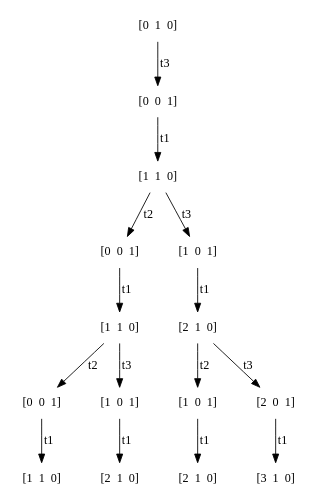
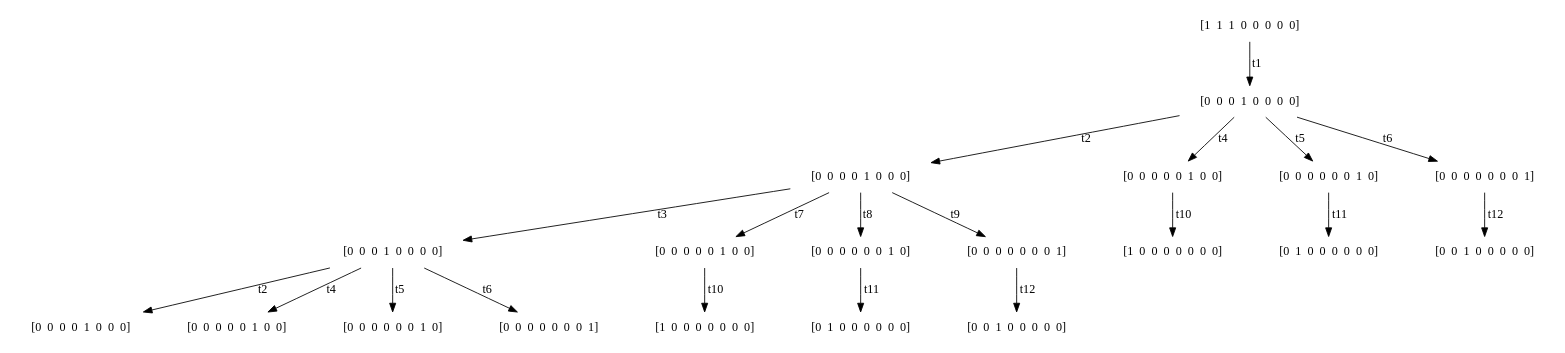
The diagram in src/dot/petrinet_tree.dot (akafael/unb-controle-para-automacao), drawn with Graphviz before and after one commit. The commit also changed 3 other files, not shown here.

```diff
--- a/src/dot/petrinet_tree.dot
+++ b/src/dot/petrinet_tree.dot
@@ -1,34 +1,44 @@
 digraph G {
 	node [shape=rectangle,style=filled,color=white];
 
-	c1_1 [label = "[0  1  0]"]
-	c2_1 [label = "[0  0  1]"]
-	c1_1 -> c2_1 [label = "t3"]
-	c3_1 [label = "[1  1  0]"]
-	c2_1 -> c3_1 [label = "t1"]
-	c4_1 [label = "[0  0  1]"]
-	c3_1 -> c4_1 [label = "t2"]
-	c4_2 [label = "[1  0  1]"]
-	c3_1 -> c4_2 [label = "t3"]
-	c5_1 [label = "[1  1  0]"]
-	c4_1 -> c5_1 [label = "t1"]
-	c5_2 [label = "[2  1  0]"]
-	c4_2 -> c5_2 [label = "t1"]
-	c6_1 [label = "[0  0  1]"]
-	c5_1 -> c6_1 [label = "t2"]
-	c6_2 [label = "[1  0  1]"]
-	c5_1 -> c6_2 [label = "t3"]
-	c6_3 [label = "[1  0  1]"]
-	c5_2 -> c6_3 [label = "t2"]
-	c6_4 [label = "[2  0  1]"]
-	c5_2 -> c6_4 [label = "t3"]
-	c7_1 [label = "[1  1  0]"]
-	c6_1 -> c7_1 [label = "t1"]
-	c7_2 [label = "[2  1  0]"]
-	c6_2 -> c7_2 [label = "t1"]
-	c7_3 [label = "[2  1  0]"]
-	c6_3 -> c7_3 [label = "t1"]
-	c7_4 [label = "[3  1  0]"]
-	c6_4 -> c7_4 [label = "t1"]
+	c1_1 [label = "[1  1  1  0  0  0  0  0]"]
+	c2_1 [label = "[0  0  0  1  0  0  0  0]"]
+	c1_1 -> c2_1 [label = "t1"]
+	c3_1 [label = "[0  0  0  0  1  0  0  0]"]
+	c2_1 -> c3_1 [label = "t2"]
+	c3_2 [label = "[0  0  0  0  0  1  0  0]"]
+	c2_1 -> c3_2 [label = "t4"]
+	c3_3 [label = "[0  0  0  0  0  0  1  0]"]
+	c2_1 -> c3_3 [label = "t5"]
+	c3_4 [label = "[0  0  0  0  0  0  0  1]"]
+	c2_1 -> c3_4 [label = "t6"]
+	c4_1 [label = "[0  0  0  1  0  0  0  0]"]
+	c3_1 -> c4_1 [label = "t3"]
+	c4_2 [label = "[0  0  0  0  0  1  0  0]"]
+	c3_1 -> c4_2 [label = "t7"]
+	c4_3 [label = "[0  0  0  0  0  0  1  0]"]
+	c3_1 -> c4_3 [label = "t8"]
+	c4_4 [label = "[0  0  0  0  0  0  0  1]"]
+	c3_1 -> c4_4 [label = "t9"]
+	c4_5 [label = "[1  0  0  0  0  0  0  0]"]
+	c3_2 -> c4_5 [label = "t10"]
+	c4_6 [label = "[0  1  0  0  0  0  0  0]"]
+	c3_3 -> c4_6 [label = "t11"]
+	c4_7 [label = "[0  0  1  0  0  0  0  0]"]
+	c3_4 -> c4_7 [label = "t12"]
+	c5_1 [label = "[0  0  0  0  1  0  0  0]"]
+	c4_1 -> c5_1 [label = "t2"]
+	c5_2 [label = "[0  0  0  0  0  1  0  0]"]
+	c4_1 -> c5_2 [label = "t4"]
+	c5_3 [label = "[0  0  0  0  0  0  1  0]"]
+	c4_1 -> c5_3 [label = "t5"]
+	c5_4 [label = "[0  0  0  0  0  0  0  1]"]
+	c4_1 -> c5_4 [label = "t6"]
+	c5_5 [label = "[1  0  0  0  0  0  0  0]"]
+	c4_2 -> c5_5 [label = "t10"]
+	c5_6 [label = "[0  1  0  0  0  0  0  0]"]
+	c4_3 -> c5_6 [label = "t11"]
+	c5_7 [label = "[0  0  1  0  0  0  0  0]"]
+	c4_4 -> c5_7 [label = "t12"]
 
 }
```
